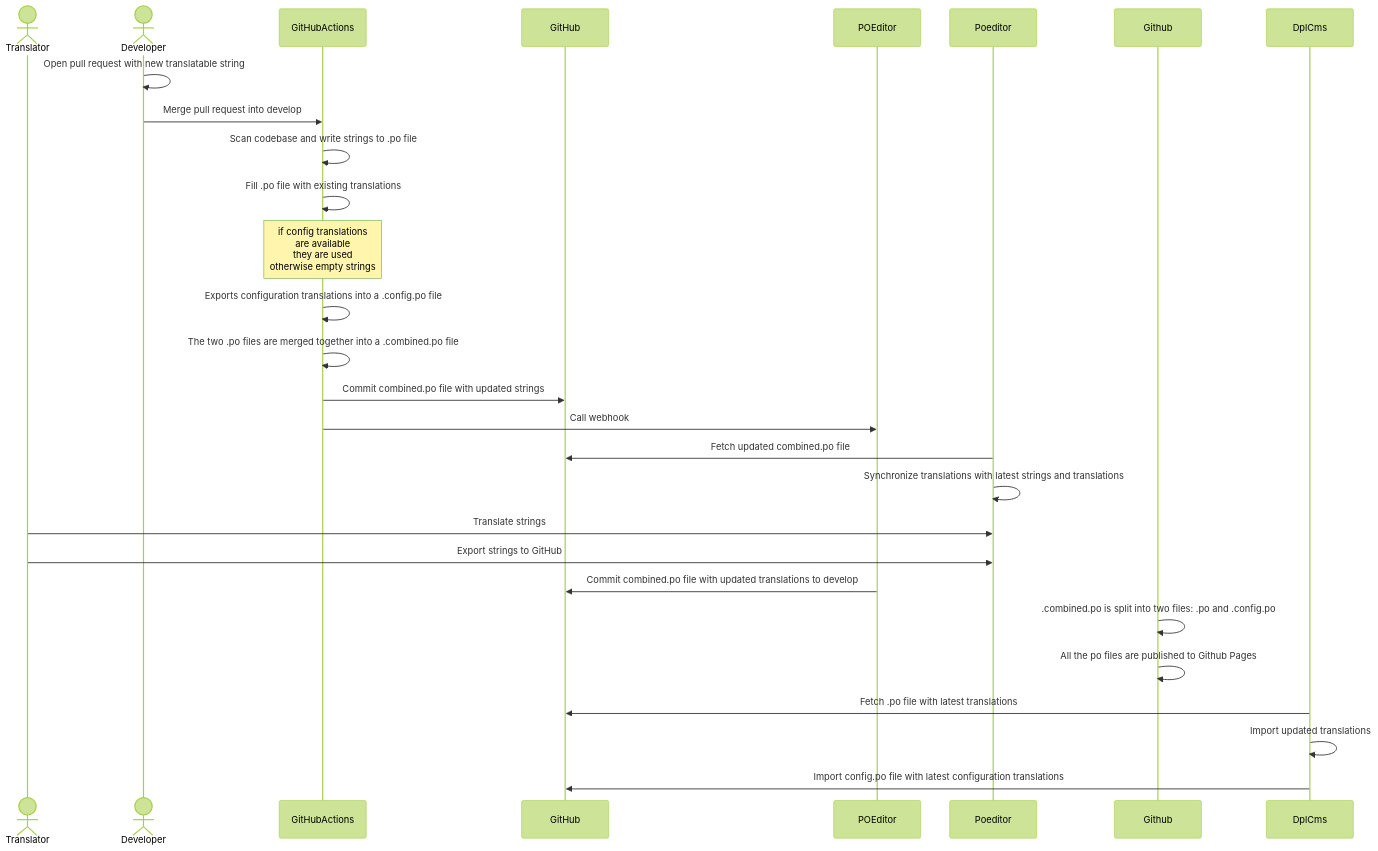
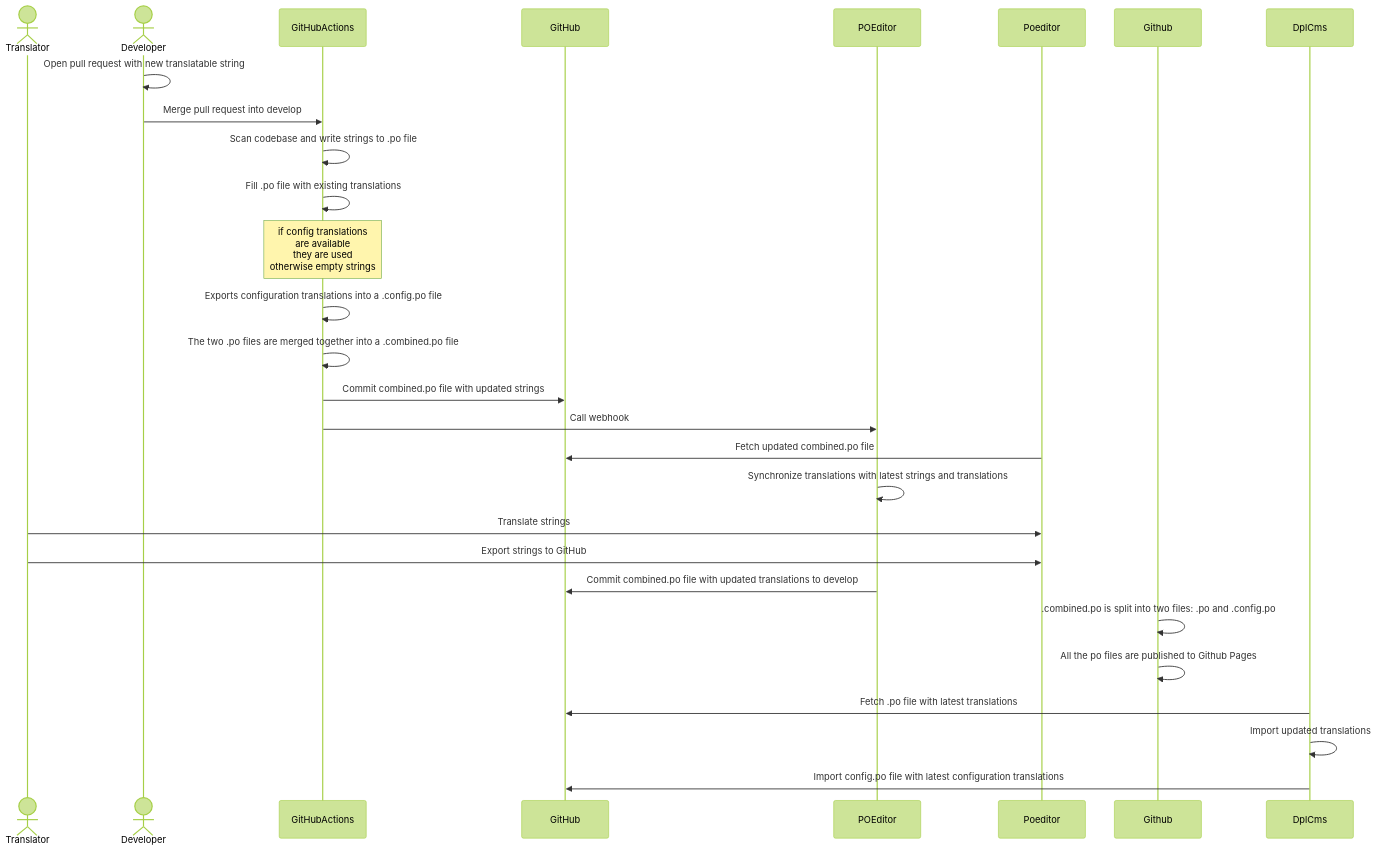
One commit to danskernesdigitalebibliotek/dpl-web changed the diagram in cms/docs/translation.md. Above: the diagram before and after it, drawn with Mermaid (forest theme).

````diff
--- a/cms/docs/translation.md
+++ b/cms/docs/translation.md
@@ -43,24 +43,24 @@
 ```mermaid
 sequenceDiagram
   Actor Translator
   Actor Developer
   Developer ->> Developer: Open pull request with new translatable string
   Developer ->> GitHubActions: Merge pull request into develop
   GitHubActions ->> GitHubActions: Scan codebase and write strings to .po file
   GitHubActions ->> GitHubActions: Fill .po file with existing translations
   Note over GitHubActions,GitHubActions: if config translations<br/>are available<br/>they are used<br/>otherwise empty strings
   GitHubActions ->> GitHubActions: Exports configuration translations into a .config.po file
   GitHubActions ->> GitHubActions: The two .po files are merged together into a .combined.po file
   GitHubActions ->> GitHub: Commit combined.po file with updated strings
   GitHubActions ->> POEditor: Call webhook
   Poeditor ->> GitHub: Fetch updated combined.po file
-  Poeditor ->> Poeditor: Synchronize translations with latest strings and translations
+  POEditor ->> POEditor: Synchronize translations with latest strings and translations
   Translator ->> Poeditor: Translate strings
   Translator ->> Poeditor: Export strings to GitHub
   POEditor ->> GitHub: Commit combined.po file with updated translations to develop
   Github ->> Github: .combined.po is split into two files: .po and .config.po
   Github ->> Github: All the po files are published to Github Pages
   DplCms ->> GitHub: Fetch .po file with latest translations
   DplCms ->> DplCms: Import updated translations
   DplCms ->> GitHub: Import config.po file with latest configuration translations
 ```
````
